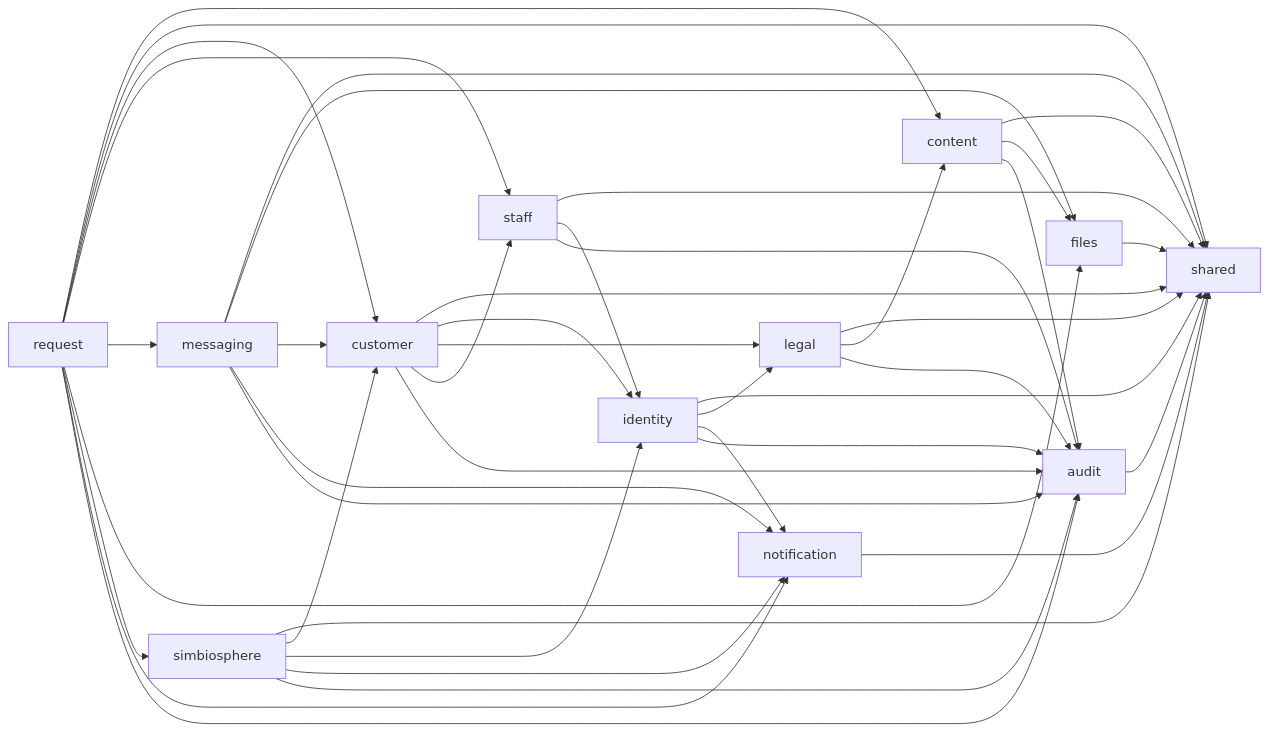
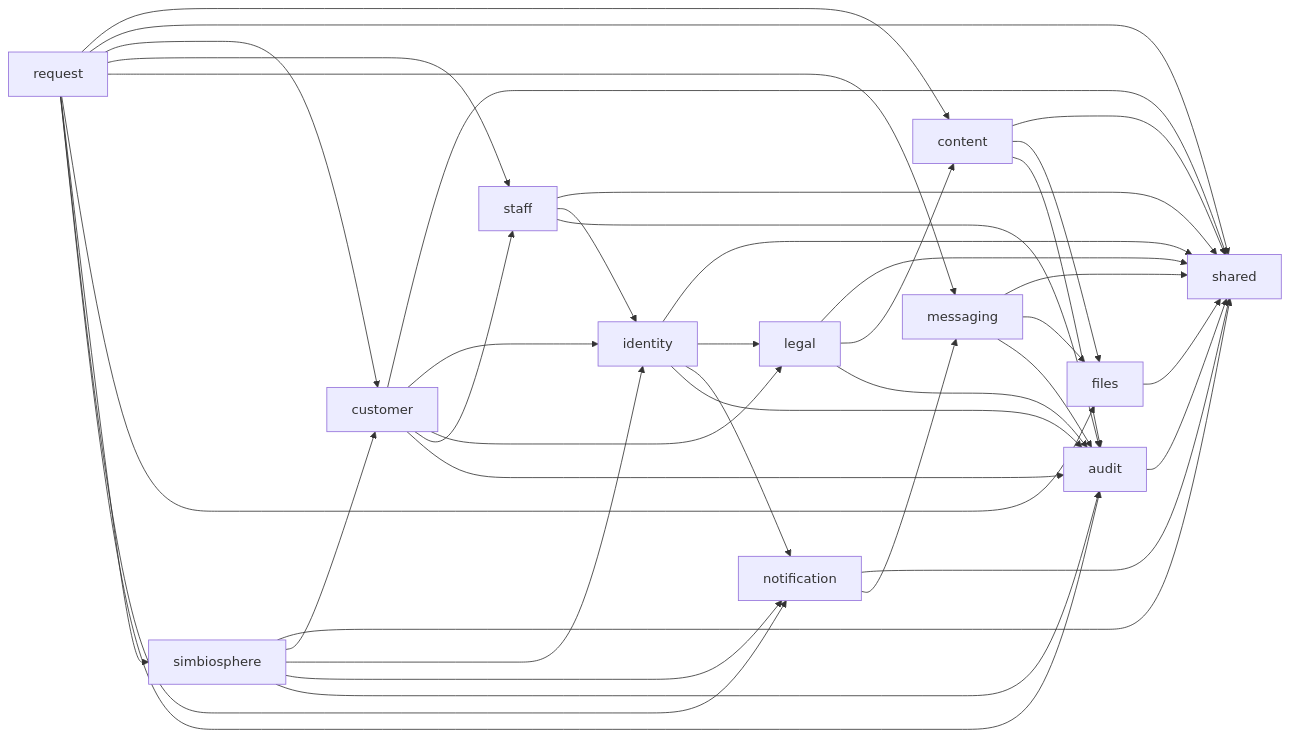
The fourth of 4 diagrams in docs/plan/03-arquitectura.md (Kerwon1988/S-portal), drawn with Mermaid before and after one commit. The commit also changed other lines of this file and 102 other files, not shown here.

````diff
--- a/docs/plan/03-arquitectura.md
+++ b/docs/plan/03-arquitectura.md
@@ -96,43 +98,42 @@
 ```mermaid
 flowchart LR
   audit --> shared
   files --> shared
   request --> content
   notification --> shared
+  notification --> messaging
   content --> shared
   content --> files
   content --> audit
   legal --> shared
   legal --> content
   legal --> audit
   identity --> shared
   identity --> legal
   identity --> notification
   identity --> audit
   customer --> shared
   customer --> identity
   customer --> legal
   customer --> staff
   customer --> audit
   staff --> shared
   staff --> identity
   staff --> audit
   simbiosphere --> shared
   simbiosphere --> customer
   simbiosphere --> identity
   simbiosphere --> notification
   simbiosphere --> audit
   messaging --> shared
   messaging --> files
-  messaging --> customer
-  messaging --> notification
   messaging --> audit
   request --> shared
   request --> customer
   request --> staff
   request --> messaging
   request --> files
   request --> simbiosphere
   request --> notification
   request --> audit
 ```
````
